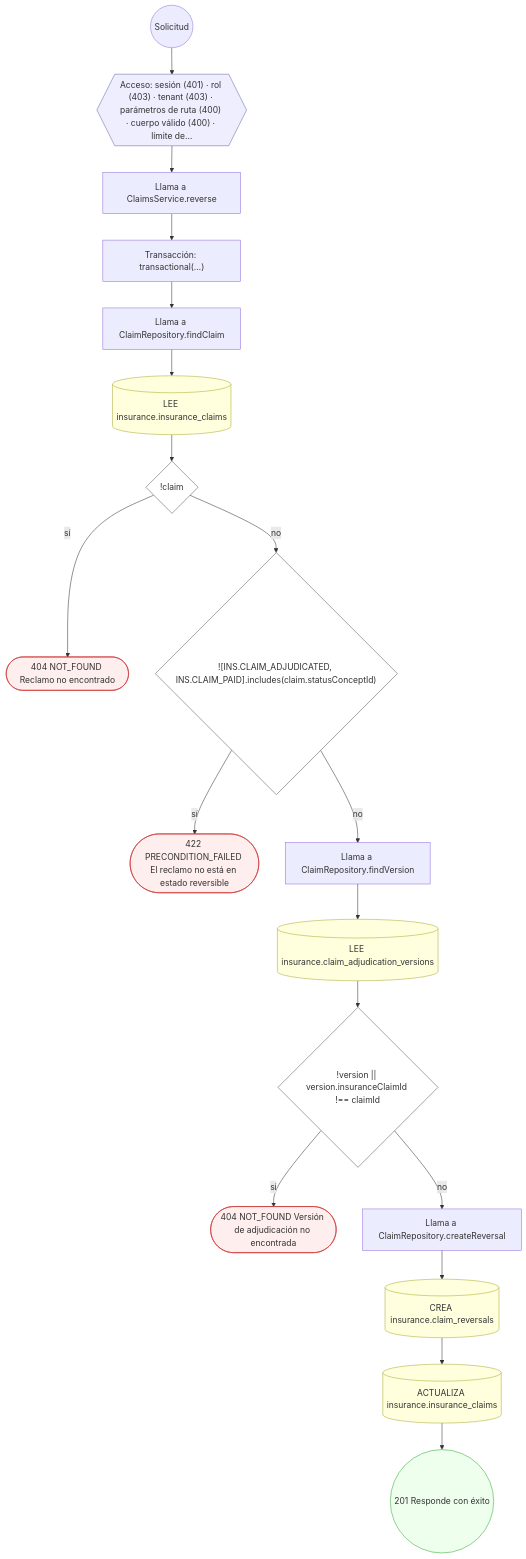
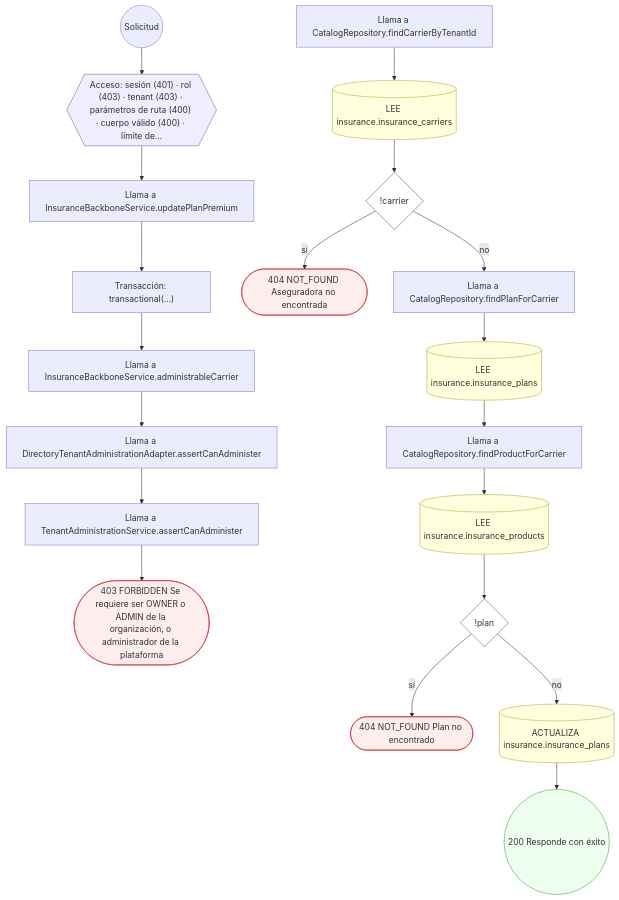
One commit to mdavila-2001/mantra-core-health-api changed diagram 32 of 56 in docs/inventario/flujos/insurance.md. Above: the diagram before and after it, drawn with Mermaid. The commit also changed other lines of this file and 451 other files, not shown here.

First line of the commit message:
chore(data_catalog): contrato OpenAPI, inventario y pruebas al día con el diseño del #660

````diff
--- a/docs/inventario/flujos/insurance.md
+++ b/docs/inventario/flujos/insurance.md
@@ -1066,44 +3033,47 @@
 ```mermaid
 flowchart TD
   n1(("Solicitud")):::inicio
   n2{{"Acceso: sesión (401) · rol (403) · tenant (403) · parámetros de ruta (400) · cuerpo válido (400) · límite de…"}}:::acceso
   n1 --> n2
-  n3["Llama a ClaimsService.reverse"]:::llamada
+  n3["Llama a InsuranceBackboneService.updatePlanPremium"]:::llamada
   n2 --> n3
   n4["Transacción: transactional(…)"]:::transaccion
   n3 --> n4
-  n5["Llama a ClaimRepository.findClaim"]:::llamada
+  n5["Llama a InsuranceBackboneService.administrableCarrier"]:::llamada
   n4 --> n5
-  n6[("LEE insurance.insurance_claims")]:::efecto
+  n6["Llama a DirectoryTenantAdministrationAdapter.assertCanAdminister"]:::llamada
   n5 --> n6
-  n7{"!claim"}:::decision
+  n7["Llama a TenantAdministrationService.assertCanAdminister"]:::llamada
   n6 --> n7
-  n8(["404 NOT_FOUND Reclamo no encontrado"]):::error
-  n7 -->|"sí"| n8
-  n9{"![INS.CLAIM_ADJUDICATED, INS.CLAIM_PAID].includes(claim.statusConceptId)"}:::decision
-  n7 -->|"no"| n9
-  n10(["422 PRECONDITION_FAILED El reclamo no está en estado reversible"]):::error
-  n9 -->|"sí"| n10
-  n11["Llama a ClaimRepository.findVersion"]:::llamada
-  n9 -->|"no"| n11
-  n12[("LEE insurance.claim_adjudication_versions")]:::efecto
-  n11 --> n12
-  n13{"!version || version.insuranceClaimId !== claimId"}:::decision
-  n12 --> n13
-  n14(["404 NOT_FOUND Versión de adjudicación no encontrada"]):::error
-  n13 -->|"sí"| n14
-  n15["Llama a ClaimRepository.createReversal"]:::llamada
-  n13 -->|"no"| n15
-  n16[("CREA insurance.claim_reversals")]:::efecto
+  n8(["403 FORBIDDEN Se requiere ser OWNER o ADMIN de la organización, o administrador de la plataforma"]):::error
+  n7 --> n8
+  n9["Llama a CatalogRepository.findCarrierByTenantId"]:::llamada
+  n10[("LEE insurance.insurance_carriers")]:::efecto
+  n9 --> n10
+  n11{"!carrier"}:::decision
+  n10 --> n11
+  n12(["404 NOT_FOUND Aseguradora no encontrada"]):::error
+  n11 -->|"sí"| n12
+  n13["Llama a CatalogRepository.findPlanForCarrier"]:::llamada
+  n11 -->|"no"| n13
+  n14[("LEE insurance.insurance_plans")]:::efecto
+  n13 --> n14
+  n15["Llama a CatalogRepository.findProductForCarrier"]:::llamada
+  n14 --> n15
+  n16[("LEE insurance.insurance_products")]:::efecto
   n15 --> n16
-  n17[("ACTUALIZA insurance.insurance_claims")]:::efecto
+  n17{"!plan"}:::decision
   n16 --> n17
-  n18(("201 Responde con éxito")):::ok
-  n17 --> n18
+  n18(["404 NOT_FOUND Plan no encontrado"]):::error
+  n17 -->|"sí"| n18
+  n19[("ACTUALIZA insurance.insurance_plans")]:::efecto
+  n17 -->|"no"| n19
+  n20(("200 Responde con éxito")):::ok
+  n19 --> n20
   classDef acceso fill:#eef,stroke:#66a
   classDef error fill:#fee,stroke:#c33
   classDef ok fill:#efe,stroke:#3a3
   classDef efecto fill:#ffd,stroke:#aa3
   classDef decision fill:#fff,stroke:#555
   classDef corte fill:#eee,stroke:#999,stroke-dasharray: 4
 ```
````
